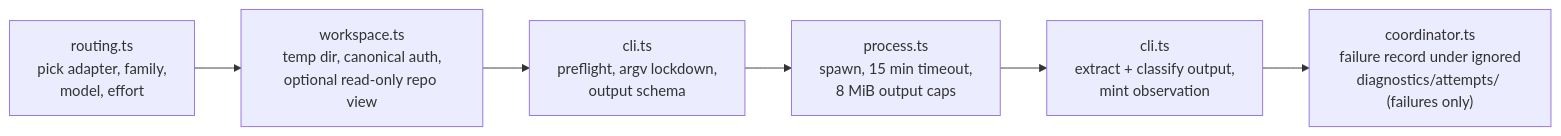
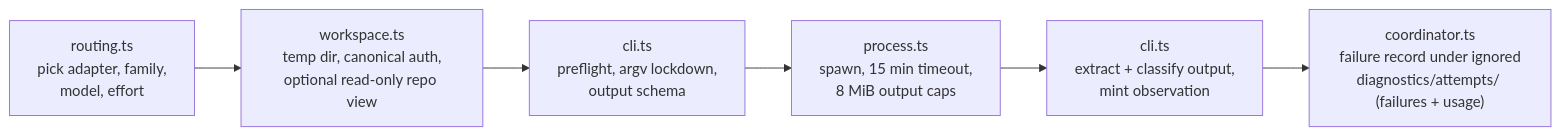
One commit to Aroton/ArchflowV2 changed the diagram in docs/mcp/DISPATCH.md. Above: the diagram before and after it, drawn with Mermaid. The commit also changed other lines of this file and 75 other files, not shown here.

````diff
--- a/docs/mcp/DISPATCH.md
+++ b/docs/mcp/DISPATCH.md
@@ -11,8 +11,8 @@
 ```mermaid
 flowchart LR
     R["routing.ts<br/>pick adapter, family,<br/>model, effort"] --> W["workspace.ts<br/>temp dir, canonical auth,<br/>optional read-only repo view"]
     W --> C["cli.ts<br/>preflight, argv lockdown,<br/>output schema"]
     C --> P["process.ts<br/>spawn, 15 min timeout,<br/>8 MiB output caps"]
     P --> O["cli.ts<br/>extract + classify output,<br/>mint observation"]
-    O --> T["coordinator.ts<br/>failure record under ignored<br/>diagnostics/attempts/ (failures only)"]
+    O --> T["coordinator.ts<br/>failure record under ignored<br/>diagnostics/attempts/ (failures + usage)"]
 ```
````
